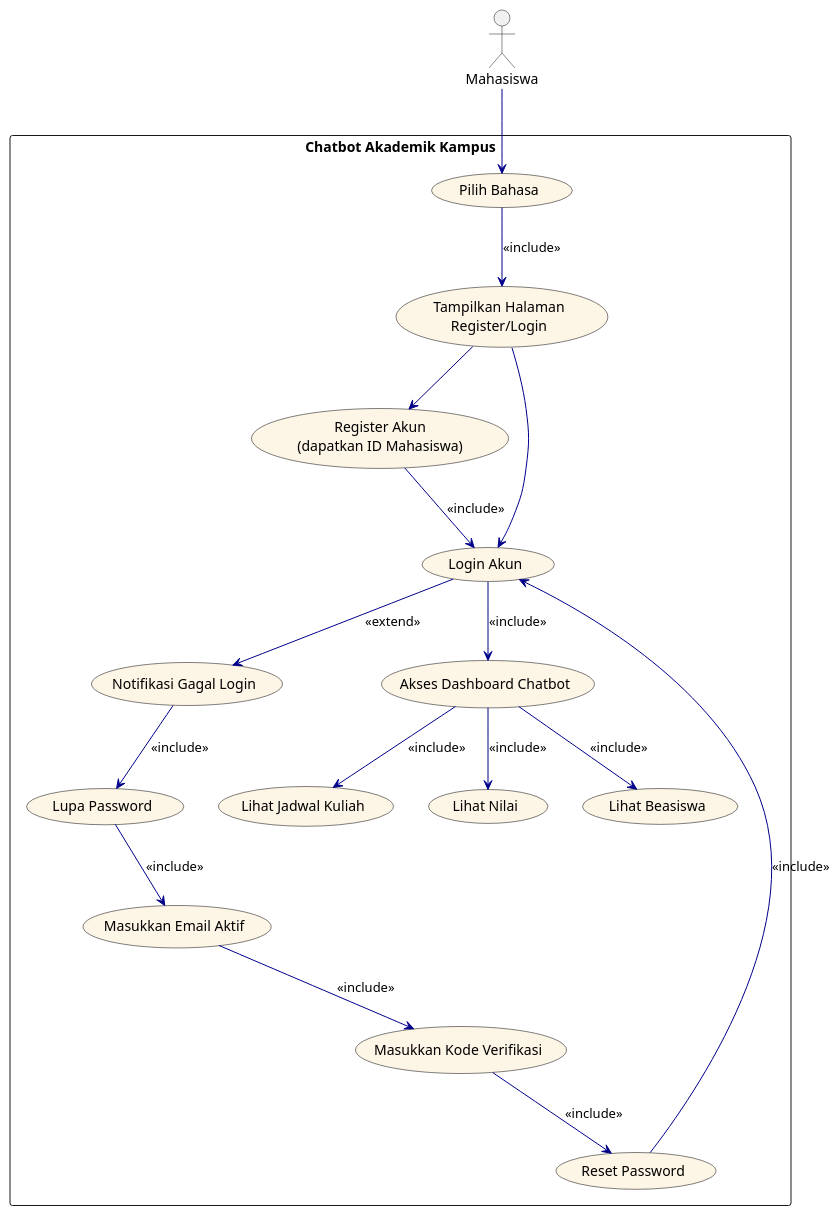
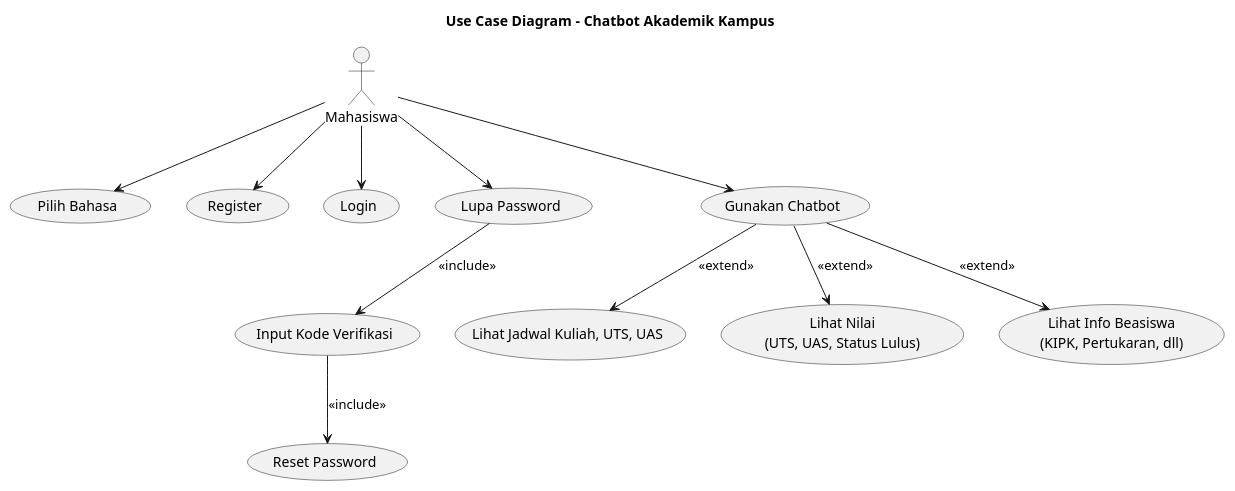
Before and after one commit to Kevin420-KS/APSI-Analisis-Perancangan-Sistem-Informasi-: the diagram in Project akhir/usecase.puml, drawn with PlantUML. The commit also changed 2 other files, not shown here.

```diff
--- a/Project akhir/usecase.puml
+++ b/Project akhir/usecase.puml
@@ -1,45 +1,37 @@
-@startuml
-top to bottom direction
-skinparam packageStyle rectangle
-skinparam usecase {
-    BackgroundColor #FDF5E6
-    BorderColor Black
-    ArrowColor DarkBlue
-}
+@startuml usecase
+title Use Case Diagram - Chatbot Akademik Kampus
 
-actor "Mahasiswa" as User
+' Aktor utama
+actor Mahasiswa
 
-rectangle "Chatbot Akademik Kampus" {
-    usecase UC1  as "Pilih Bahasa"
-    usecase UC1a as "Tampilkan Halaman\nRegister/Login"
-    usecase UC2  as "Register Akun\n(dapatkan ID Mahasiswa)"
-    usecase UC3  as "Login Akun"
-    usecase UC11 as "Notifikasi Gagal Login"
-    usecase UC4  as "Lupa Password"
-    usecase UC4a as "Masukkan Email Aktif"
-    usecase UC5  as "Masukkan Kode Verifikasi"
-    usecase UC6  as "Reset Password"
-    usecase UC7  as "Akses Dashboard Chatbot"
-    usecase UC8  as "Lihat Jadwal Kuliah"
-    usecase UC9  as "Lihat Nilai"
-    usecase UC10 as "Lihat Beasiswa"
-}
+' Use Case disusun vertikal sesuai alur interaksi pengguna
+usecase "Pilih Bahasa" as UC1
+usecase "Register" as UC2
+usecase "Login" as UC3
+usecase "Lupa Password" as UC4
+usecase "Input Kode Verifikasi" as UC5
+usecase "Reset Password" as UC6
+usecase "Gunakan Chatbot" as UC7
 
-User --> UC1
-UC1 --> UC1a : <<include>>
-UC1a --> UC2
-UC1a --> UC3
-UC2 --> UC3 : <<include>>
+' Fitur dalam chatbot
+usecase "Lihat Jadwal Kuliah, UTS, UAS" as UC71
+usecase "Lihat Nilai\n(UTS, UAS, Status Lulus)" as UC72
+usecase "Lihat Info Beasiswa\n(KIPK, Pertukaran, dll)" as UC73
 
-UC3 --> UC11 : <<extend>>
-UC11 --> UC4 : <<include>>
-UC4 --> UC4a : <<include>>
-UC4a --> UC5 : <<include>>
+' Relasi Mahasiswa
+Mahasiswa --> UC1
+Mahasiswa --> UC2
+Mahasiswa --> UC3
+Mahasiswa --> UC4
+Mahasiswa --> UC7
+
+' Relasi lanjutan dari proses lupa password
+UC4 --> UC5 : <<include>>
 UC5 --> UC6 : <<include>>
-UC6 --> UC3 : <<include>>
 
-UC3 --> UC7 : <<include>>
-UC7 --> UC8 : <<include>>
-UC7 --> UC9 : <<include>>
-UC7 --> UC10 : <<include>>
+' Relasi chatbot dan fiturnya
+UC7 --> UC71 : <<extend>>
+UC7 --> UC72 : <<extend>>
+UC7 --> UC73 : <<extend>>
+
 @enduml
```
